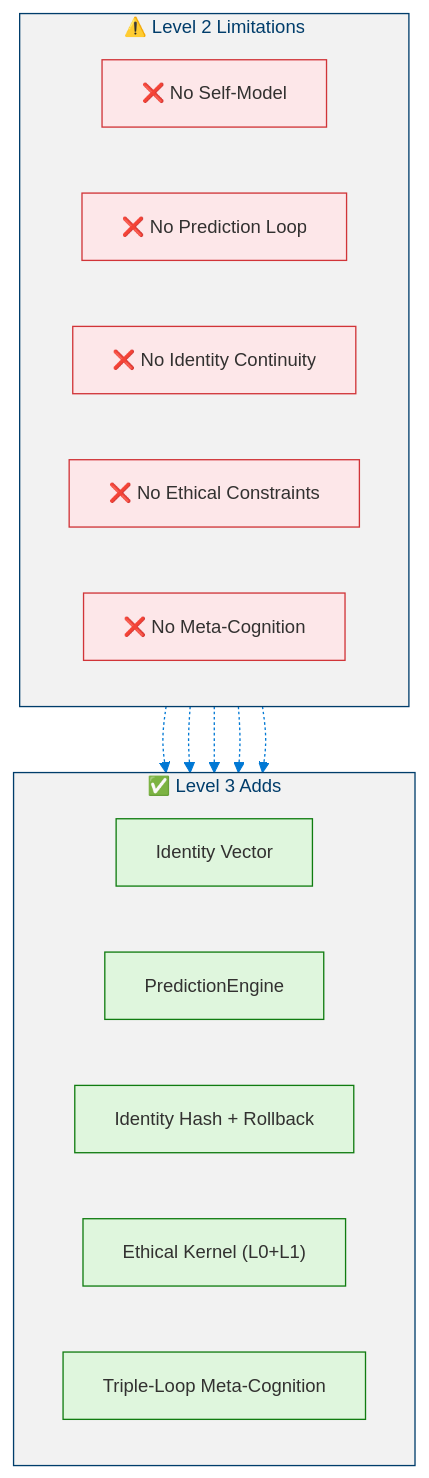
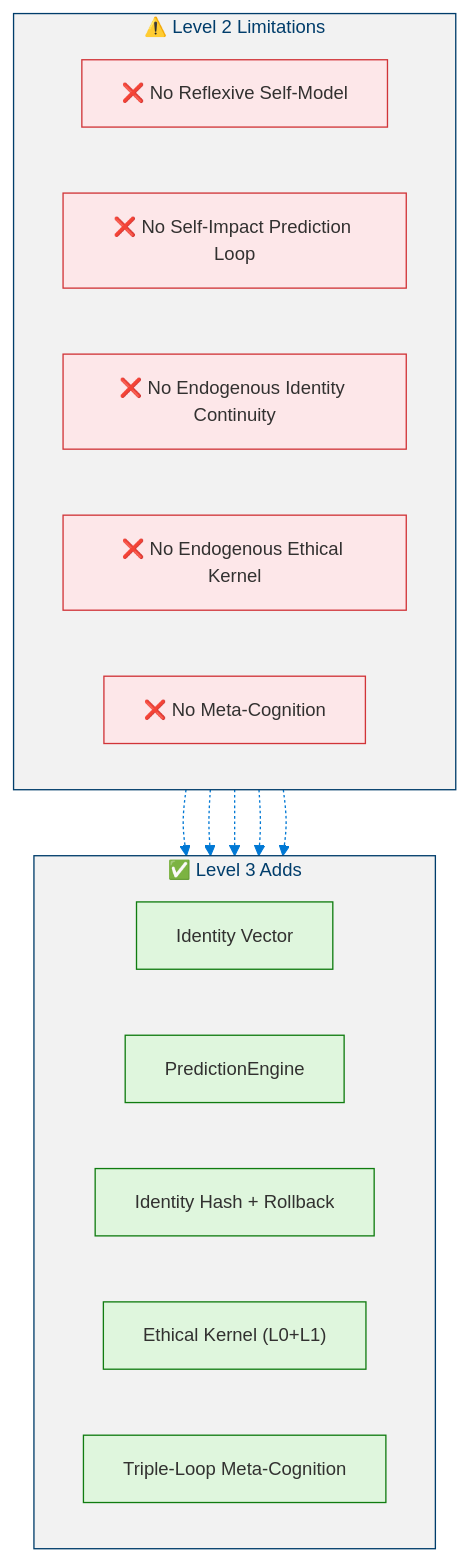
One commit to dotnetpower/mscp changed the seventh of 8 diagrams in docs/levels/Level_2_Autonomous_Agent.md. Above: the diagram before and after it, drawn with Mermaid. The commit also changed other lines of this file and 21 other files, not shown here.

````diff
--- a/docs/levels/Level_2_Autonomous_Agent.md
+++ b/docs/levels/Level_2_Autonomous_Agent.md
@@ -760,30 +863,30 @@
 ```mermaid
 %%{init: {'theme': 'base', 'themeVariables': {'primaryColor': '#0078D4', 'primaryTextColor': '#003D6B', 'primaryBorderColor': '#003D6B', 'secondaryColor': '#50E6FF', 'secondaryTextColor': '#323130', 'secondaryBorderColor': '#00BCF2', 'tertiaryColor': '#F2F2F2', 'tertiaryTextColor': '#323130', 'lineColor': '#0078D4', 'textColor': '#323130', 'mainBkg': '#DEECF9', 'nodeBorder': '#0078D4', 'clusterBkg': '#F2F2F2', 'clusterBorder': '#003D6B', 'titleColor': '#003D6B', 'edgeLabelBackground': '#FFFFFF', 'fontSize': '14px'}}}%%
 flowchart TD
   classDef dangerLight fill:#FDE7E9,stroke:#D13438,color:#323130
   classDef successLight fill:#DFF6DD,stroke:#107C10,color:#323130
 
   subgraph Limitations["⚠️ Level 2 Limitations"]
     direction LR
-    L1["❌ No Self-Model"]:::dangerLight
-    L2["❌ No Prediction Loop"]:::dangerLight
-    L3["❌ No Identity Continuity"]:::dangerLight
-    L4["❌ No Ethical Constraints"]:::dangerLight
+    L1["❌ No Reflexive Self-Model"]:::dangerLight
+    L2["❌ No Self-Impact Prediction Loop"]:::dangerLight
+    L3["❌ No Endogenous Identity Continuity"]:::dangerLight
+    L4["❌ No Endogenous Ethical Kernel"]:::dangerLight
     L5["❌ No Meta-Cognition"]:::dangerLight
   end
 
   subgraph L3Additions["✅ Level 3 Adds"]
     direction LR
     A1["Identity Vector"]:::successLight
     A2["PredictionEngine"]:::successLight
     A3["Identity Hash + Rollback"]:::successLight
     A4["Ethical Kernel (L0+L1)"]:::successLight
     A5["Triple-Loop Meta-Cognition"]:::successLight
   end
 
   L1 -.-> A1
   L2 -.-> A2
   L3 -.-> A3
   L4 -.-> A4
   L5 -.-> A5
 ```
````
